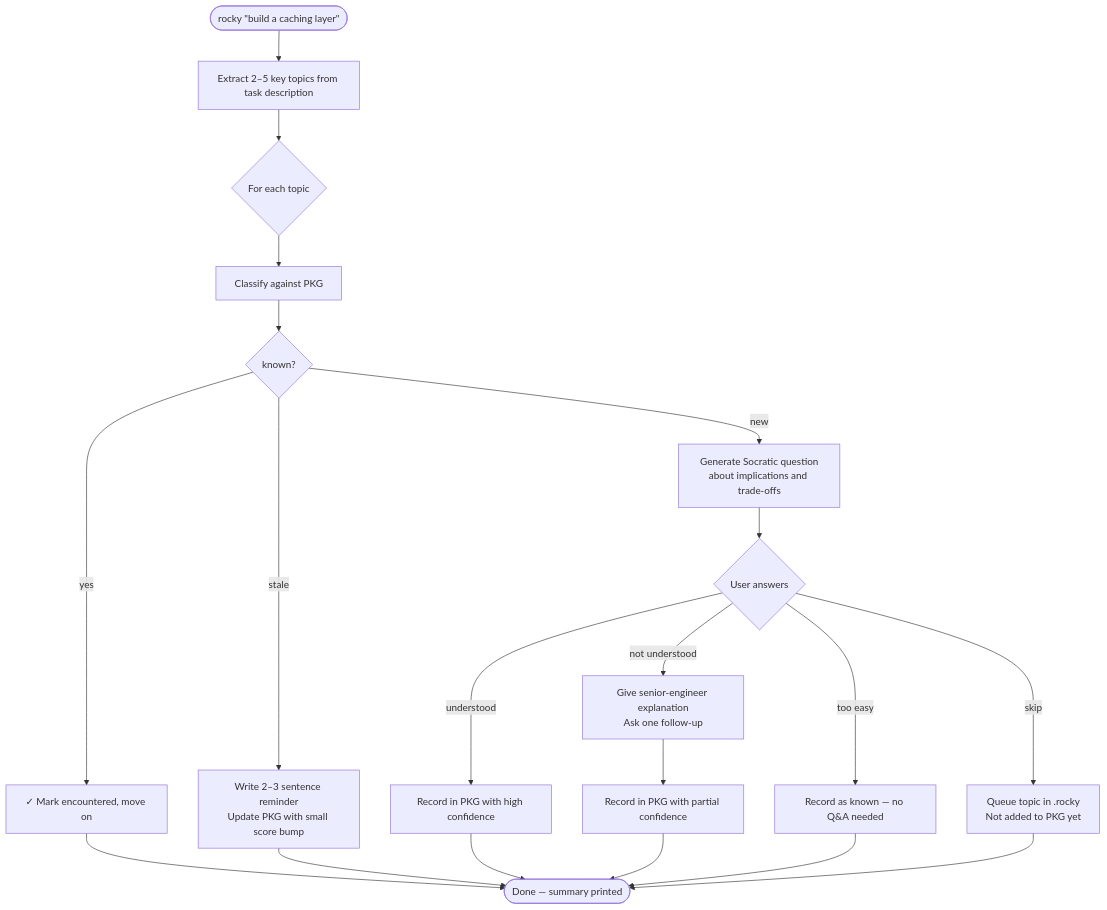
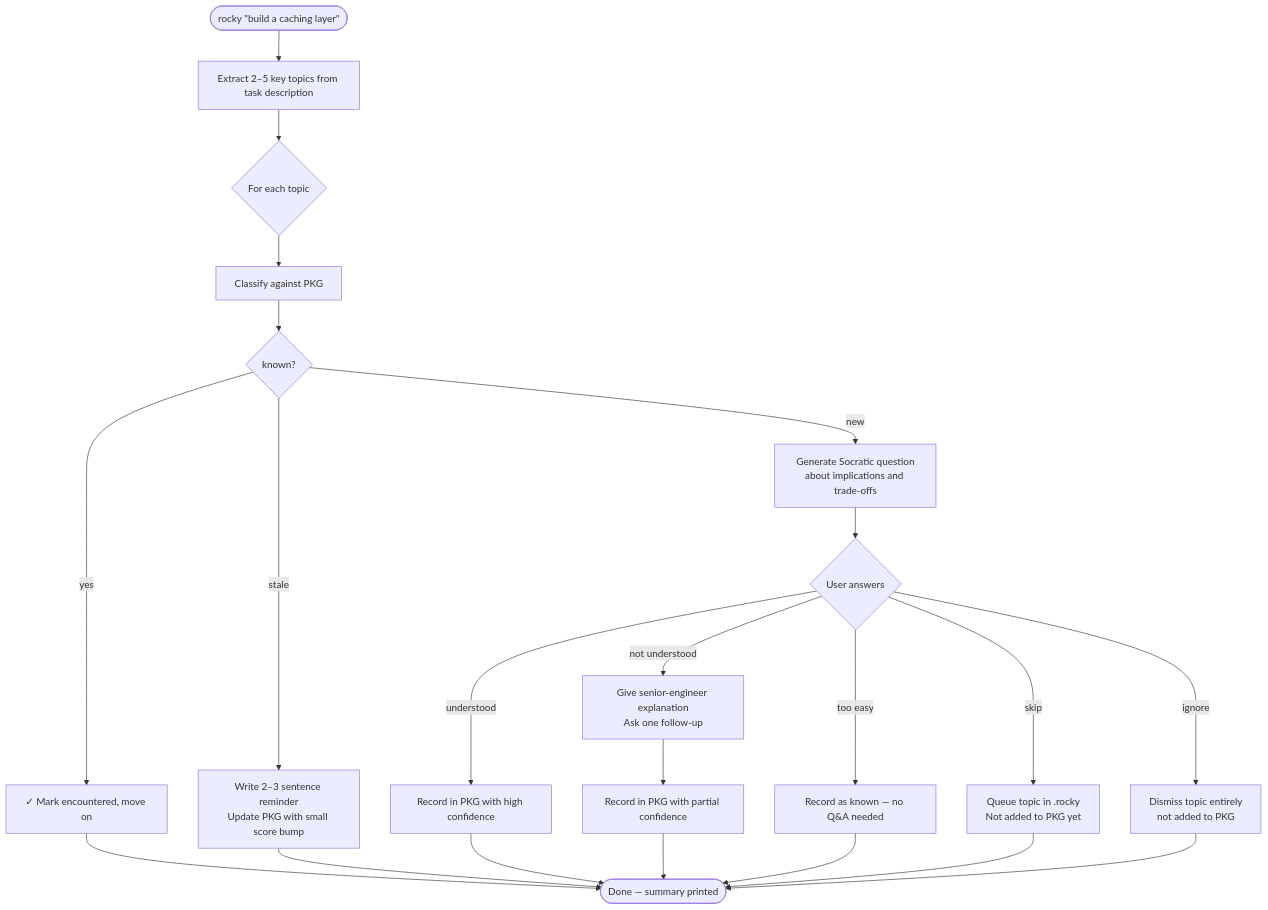
The first of 6 diagrams in docs/src/how-it-works.md (NVME-git/rocky), drawn with Mermaid before and after one commit. The commit also changed other lines of this file and 8 other files, not shown here.

````diff
--- a/docs/src/how-it-works.md
+++ b/docs/src/how-it-works.md
@@ -11,17 +11,18 @@
 ```mermaid
 flowchart TD
     A([rocky &quot;build a caching layer&quot;]) --> B[Extract 2–5 key topics from task description]
     B --> C{For each topic}
     C --> D[Classify against PKG]
     D --> E{known?}
     E -- yes --> F[✓ Mark encountered, move on]
     E -- stale --> G[Write 2–3 sentence reminder\nUpdate PKG with small score bump]
     E -- new --> H[Generate Socratic question\nabout implications and trade-offs]
     H --> I{User answers}
     I -- understood --> J[Record in PKG with high confidence]
     I -- not understood --> K[Give senior-engineer explanation\nAsk one follow-up]
     K --> L[Record in PKG with partial confidence]
     I -- too easy --> M[Record as known — no Q&A needed]
     I -- skip --> N[Queue topic in .rocky\nNot added to PKG yet]
-    F & G & J & L & M & N --> O([Done — summary printed])
+    I -- ignore --> P[Dismiss topic entirely\nnot added to PKG]
+    F & G & J & L & M & N & P --> O([Done — summary printed])
 ```
````
